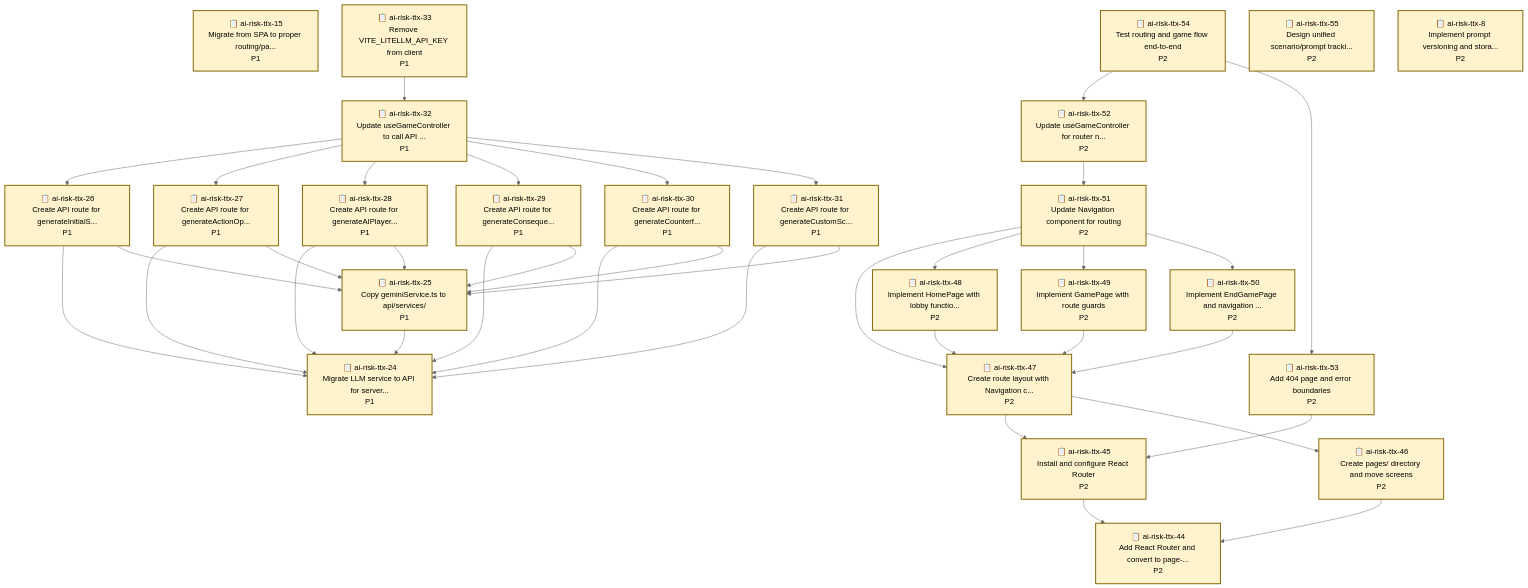
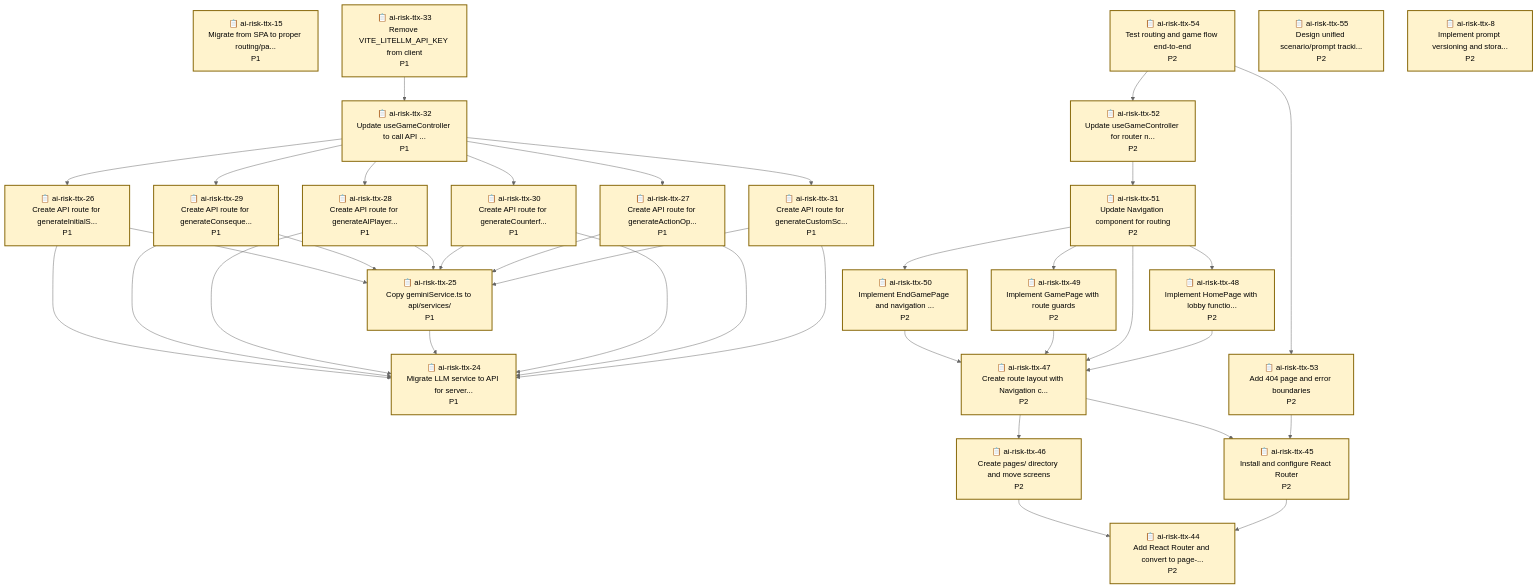
One commit to bhi5hmaraj/ai-risk-ttx changed the diagram in README.md. Above: the diagram before and after it, drawn with Mermaid (neutral theme). The commit also changed other lines of this file and 12 other files, not shown here.

````diff
--- a/README.md
+++ b/README.md
@@ -268,39 +270,39 @@
     ai-risk-ttx-8["📋 ai-risk-ttx-8<br/>Implement prompt versioning and stora...<br/>P2"]
     style ai-risk-ttx-8 fill:#fff3cd,stroke:#856404,stroke-width:2px
 
-    ai-risk-ttx-48 --> ai-risk-ttx-47
-    ai-risk-ttx-25 --> ai-risk-ttx-24
-    ai-risk-ttx-45 --> ai-risk-ttx-44
-    ai-risk-ttx-52 --> ai-risk-ttx-51
-    ai-risk-ttx-51 --> ai-risk-ttx-47
-    ai-risk-ttx-51 --> ai-risk-ttx-48
-    ai-risk-ttx-51 --> ai-risk-ttx-49
-    ai-risk-ttx-51 --> ai-risk-ttx-50
+    ai-risk-ttx-33 --> ai-risk-ttx-32
+    ai-risk-ttx-46 --> ai-risk-ttx-44
+    ai-risk-ttx-50 --> ai-risk-ttx-47
+    ai-risk-ttx-47 --> ai-risk-ttx-45
+    ai-risk-ttx-47 --> ai-risk-ttx-46
+    ai-risk-ttx-26 --> ai-risk-ttx-24
+    ai-risk-ttx-26 --> ai-risk-ttx-25
+    ai-risk-ttx-53 --> ai-risk-ttx-45
     ai-risk-ttx-32 --> ai-risk-ttx-26
     ai-risk-ttx-32 --> ai-risk-ttx-27
     ai-risk-ttx-32 --> ai-risk-ttx-28
     ai-risk-ttx-32 --> ai-risk-ttx-29
     ai-risk-ttx-32 --> ai-risk-ttx-30
     ai-risk-ttx-32 --> ai-risk-ttx-31
-    ai-risk-ttx-50 --> ai-risk-ttx-47
-    ai-risk-ttx-33 --> ai-risk-ttx-32
-    ai-risk-ttx-47 --> ai-risk-ttx-45
-    ai-risk-ttx-47 --> ai-risk-ttx-46
+    ai-risk-ttx-52 --> ai-risk-ttx-51
+    ai-risk-ttx-54 --> ai-risk-ttx-52
+    ai-risk-ttx-54 --> ai-risk-ttx-53
+    ai-risk-ttx-45 --> ai-risk-ttx-44
+    ai-risk-ttx-29 --> ai-risk-ttx-24
+    ai-risk-ttx-29 --> ai-risk-ttx-25
+    ai-risk-ttx-28 --> ai-risk-ttx-24
+    ai-risk-ttx-28 --> ai-risk-ttx-25
+    ai-risk-ttx-49 --> ai-risk-ttx-47
+    ai-risk-ttx-25 --> ai-risk-ttx-24
+    ai-risk-ttx-30 --> ai-risk-ttx-24
+    ai-risk-ttx-30 --> ai-risk-ttx-25
+    ai-risk-ttx-27 --> ai-risk-ttx-24
+    ai-risk-ttx-27 --> ai-risk-ttx-25
+    ai-risk-ttx-51 --> ai-risk-ttx-47
+    ai-risk-ttx-51 --> ai-risk-ttx-48
+    ai-risk-ttx-51 --> ai-risk-ttx-49
+    ai-risk-ttx-51 --> ai-risk-ttx-50
+    ai-risk-ttx-48 --> ai-risk-ttx-47
     ai-risk-ttx-31 --> ai-risk-ttx-24
     ai-risk-ttx-31 --> ai-risk-ttx-25
-    ai-risk-ttx-26 --> ai-risk-ttx-24
-    ai-risk-ttx-26 --> ai-risk-ttx-25
-    ai-risk-ttx-49 --> ai-risk-ttx-47
-    ai-risk-ttx-27 --> ai-risk-ttx-24
-    ai-risk-ttx-27 --> ai-risk-ttx-25
-    ai-risk-ttx-54 --> ai-risk-ttx-52
-    ai-risk-ttx-54 --> ai-risk-ttx-53
-    ai-risk-ttx-29 --> ai-risk-ttx-24
-    ai-risk-ttx-29 --> ai-risk-ttx-25
-    ai-risk-ttx-46 --> ai-risk-ttx-44
-    ai-risk-ttx-30 --> ai-risk-ttx-24
-    ai-risk-ttx-30 --> ai-risk-ttx-25
-    ai-risk-ttx-53 --> ai-risk-ttx-45
-    ai-risk-ttx-28 --> ai-risk-ttx-24
-    ai-risk-ttx-28 --> ai-risk-ttx-25
 ```
````
